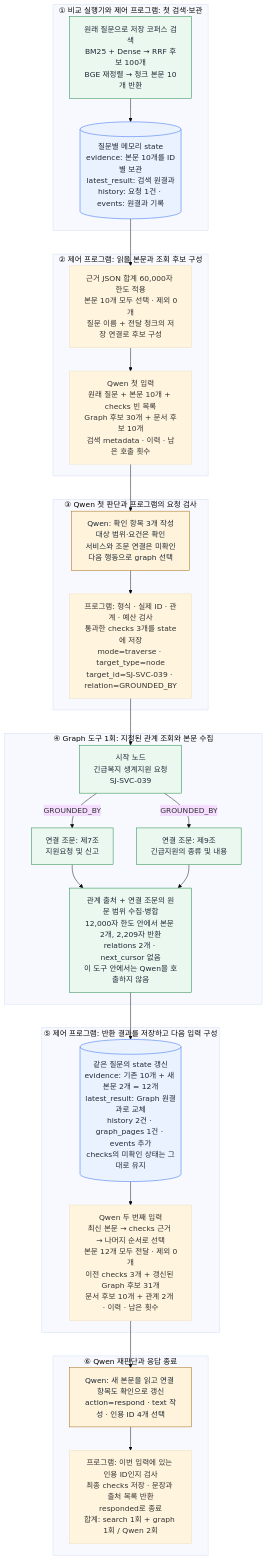
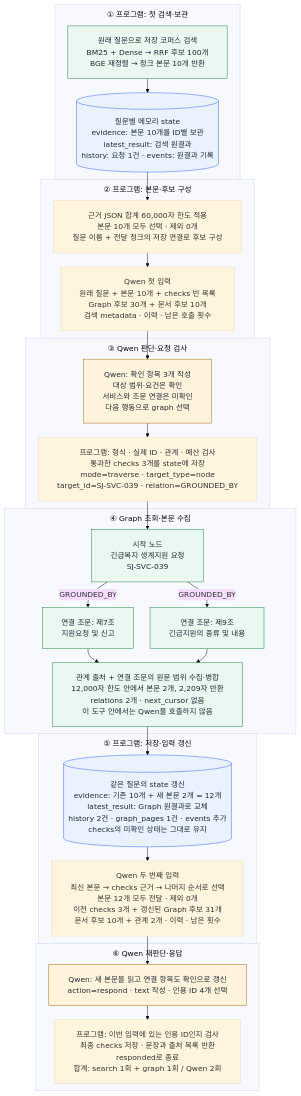
The diagram in week9/EVIDENCE_FLOW.md (westiion/Civic-Link), drawn with Mermaid (base theme) before and after one commit.

Commit message:
docs: improve evidence flow diagram readability

````diff
--- a/week9/EVIDENCE_FLOW.md
+++ b/week9/EVIDENCE_FLOW.md
@@ -19,45 +19,56 @@
 ```mermaid
+---
+config:
+  flowchart:
+    wrappingWidth: 460
+    nodeSpacing: 35
+    rankSpacing: 30
+    padding: 20
+    subGraphTitleMargin:
+      top: 10
+      bottom: 20
+---
 flowchart TB
-    subgraph INITIAL["① 비교 실행기와 제어 프로그램: 첫 검색·보관"]
+    subgraph INITIAL["① 프로그램: 첫 검색·보관"]
         S["원래 질문으로 저장 코퍼스 검색<br/>BM25 + Dense → RRF 후보 100개<br/>BGE 재정렬 → 청크 본문 10개 반환"]
         M1[("질문별 메모리 state<br/>evidence: 본문 10개를 ID별 보관<br/>latest_result: 검색 원결과<br/>history: 요청 1건 · events: 원결과 기록")]
         S --> M1
     end
-    subgraph INPUT1["② 제어 프로그램: 읽을 본문과 조회 후보 구성"]
+    subgraph INPUT1["② 프로그램: 본문·후보 구성"]
         P1["근거 JSON 합계 60,000자 한도 적용<br/>본문 10개 모두 선택 · 제외 0개<br/>질문 이름 + 전달 청크의 저장 연결로 후보 구성"]
         I1["Qwen 첫 입력<br/>원래 질문 + 본문 10개 + checks 빈 목록<br/>Graph 후보 30개 + 문서 후보 10개<br/>검색 metadata · 이력 · 남은 호출 횟수"]
         M1 --> P1 --> I1
     end
-    subgraph DECIDE["③ Qwen 첫 판단과 프로그램의 요청 검사"]
+    subgraph DECIDE["③ Qwen 판단·요청 검사"]
         Q1["Qwen: 확인 항목 3개 작성<br/>대상 범위·요건은 확인<br/>서비스와 조문 연결은 미확인<br/>다음 행동으로 graph 선택"]
         V["프로그램: 형식 · 실제 ID · 관계 · 예산 검사<br/>통과한 checks 3개를 state에 저장<br/>mode=traverse · target_type=node<br/>target_id=SJ-SVC-039 · relation=GROUNDED_BY"]
         I1 --> Q1 --> V
     end
-    subgraph LOOKUP["④ Graph 도구 1회: 지정된 관계 조회와 본문 수집"]
+    subgraph LOOKUP["④ Graph 조회·본문 수집"]
         N["시작 노드<br/>긴급복지 생계지원 요청<br/>SJ-SVC-039"]
         A["연결 조문: 제7조<br/>지원요청 및 신고"]
         B["연결 조문: 제9조<br/>긴급지원의 종류 및 내용"]
         R["관계 출처 + 연결 조문의 원문 범위 수집·병합<br/>12,000자 한도 안에서 본문 2개, 2,209자 반환<br/>relations 2개 · next_cursor 없음<br/>이 도구 안에서는 Qwen을 호출하지 않음"]
         V --> N
         N -->|GROUNDED_BY| A
         N -->|GROUNDED_BY| B
         A --> R
         B --> R
     end
-    subgraph NEXT["⑤ 제어 프로그램: 반환 결과를 저장하고 다음 입력 구성"]
+    subgraph NEXT["⑤ 프로그램: 저장·입력 갱신"]
         M2[("같은 질문의 state 갱신<br/>evidence: 기존 10개 + 새 본문 2개 = 12개<br/>latest_result: Graph 원결과로 교체<br/>history 2건 · graph_pages 1건 · events 추가<br/>checks의 미확인 상태는 그대로 유지")]
         I2["Qwen 두 번째 입력<br/>최신 본문 → checks 근거 → 나머지 순서로 선택<br/>본문 12개 모두 전달 · 제외 0개<br/>이전 checks 3개 + 갱신된 Graph 후보 31개<br/>문서 후보 10개 + 관계 2개 · 이력 · 남은 횟수"]
         R --> M2 --> I2
     end
-    subgraph FINISH["⑥ Qwen 재판단과 응답 종료"]
+    subgraph FINISH["⑥ Qwen 재판단·응답"]
         Q2["Qwen: 새 본문을 읽고 연결 항목도 확인으로 갱신<br/>action=respond · text 작성 · 인용 ID 4개 선택"]
         F["프로그램: 이번 입력에 있는 인용 ID인지 검사<br/>최종 checks 저장 · 문장과 출처 목록 반환<br/>responded로 종료<br/>합계: search 1회 + graph 1회 / Qwen 2회"]
         I2 --> Q2 --> F
     end
     classDef model fill:#fff4db,stroke:#a16207,color:#1f2937
     classDef memory fill:#eaf2ff,stroke:#2563eb,color:#1f2937
     classDef tool fill:#eaf8ef,stroke:#15803d,color:#1f2937
     class Q1,Q2 model
     class M1,M2 memory
     class S,N,A,B,R tool
 ```
````
